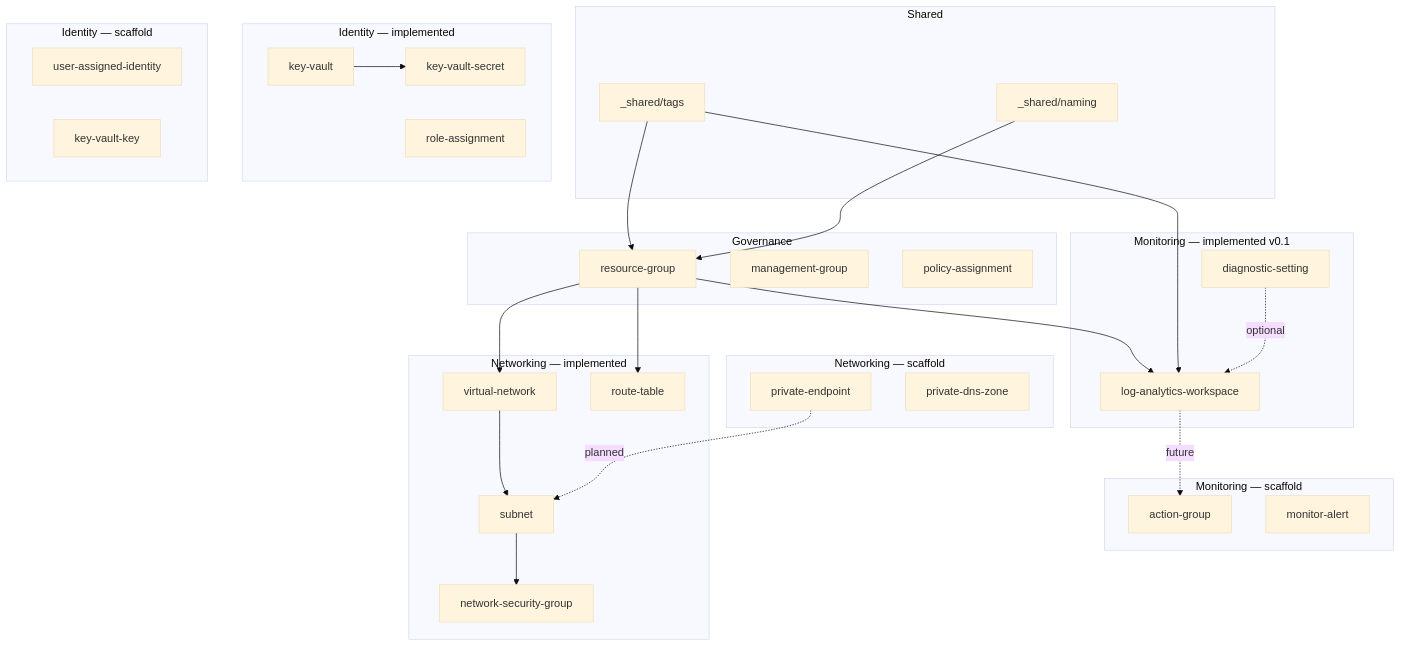
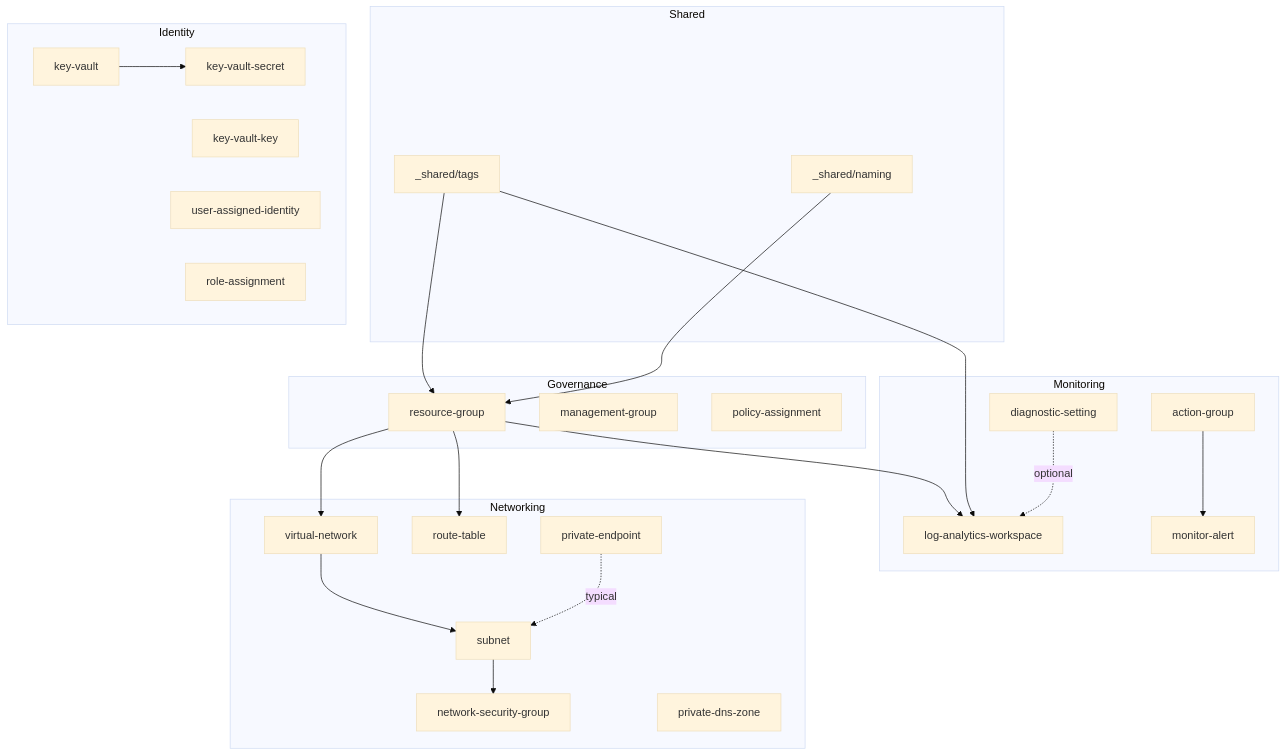
The diagram in terraform-azure-modules/README.md (LosXs/Terraform-Modules), drawn with Mermaid (base theme) before and after one commit. The commit also changed other lines of this file and 149 other files, not shown here.

````diff
--- a/terraform-azure-modules/README.md
+++ b/terraform-azure-modules/README.md
@@ -77,59 +93,50 @@
 ```mermaid
 graph TD
   subgraph Shared
     TAGS[_shared/tags]
     NAMING[_shared/naming]
   end
 
   subgraph Governance
     RG[resource-group]
     MG[management-group]
     PA[policy-assignment]
   end
 
-  subgraph Monitoring_v01[Monitoring — implemented v0.1]
+  subgraph Monitoring
     LAW[log-analytics-workspace]
     DIAG[diagnostic-setting]
-  end
-
-  subgraph Monitoring_future[Monitoring — scaffold]
     AG[action-group]
     MA[monitor-alert]
   end
 
-  subgraph Networking_impl[Networking — implemented]
+  subgraph Networking
     VNET[virtual-network]
     SNET[subnet]
     NSG[network-security-group]
     RT[route-table]
-  end
-
-  subgraph Networking_future[Networking — scaffold]
     PE[private-endpoint]
     PDNS[private-dns-zone]
   end
 
-  subgraph Security_impl[Identity — implemented]
+  subgraph Identity
     KV[key-vault]
     KVS[key-vault-secret]
+    KVK[key-vault-key]
+    UAI[user-assigned-identity]
     RBAC[role-assignment]
-  end
-
-  subgraph Security_future[Identity — scaffold]
-    UAI[user-assigned-identity]
-    KVK[key-vault-key]
   end
 
   TAGS --> RG
   NAMING --> RG
   RG --> LAW
   TAGS --> LAW
   RG --> VNET
   VNET --> SNET
   SNET --> NSG
   RG --> RT
   DIAG -.->|optional| LAW
+  AG --> MA
   KV --> KVS
-  LAW -.->|future| AG
-  PE -.->|planned| SNET
+  PE -.->|typical| SNET
 ```
````
